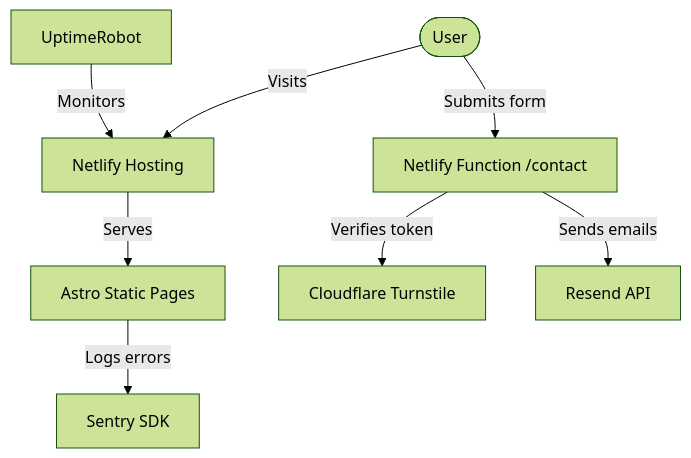
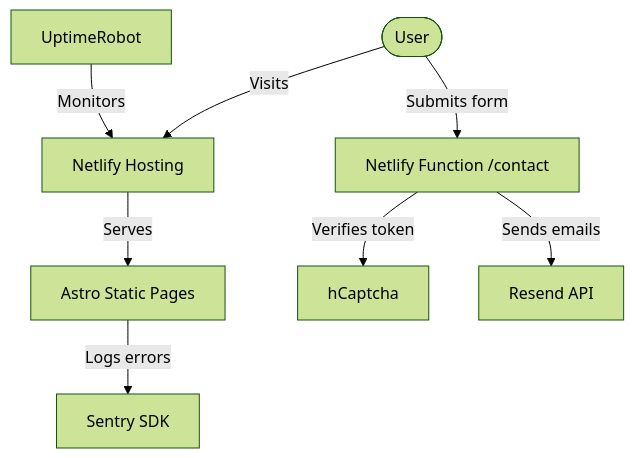
Before and after one commit to ibaifernandez/aglaya.biz: the diagram in docs/ARCHITECTURE.md, drawn with Mermaid (forest theme). The commit also changed other lines of this file and 17 other files, not shown here.

````diff
--- a/docs/ARCHITECTURE.md
+++ b/docs/ARCHITECTURE.md
@@ -5,19 +5,19 @@
 ```mermaid
 graph TD
     User([User])
     Astro[Astro Static Pages]
     Netlify[Netlify Hosting]
     Function[Netlify Function /contact]
-    Turnstile[Cloudflare Turnstile]
+    hCaptcha[hCaptcha]
     Resend[Resend API]
     Sentry[Sentry SDK]
     UptimeRobot[UptimeRobot]
 
     User -- Visits --> Netlify
     Netlify -- Serves --> Astro
     Astro -- Logs errors --> Sentry
     User -- Submits form --> Function
-    Function -- Verifies token --> Turnstile
+    Function -- Verifies token --> hCaptcha
     Function -- Sends emails --> Resend
     UptimeRobot -- Monitors --> Netlify
 ```
````
